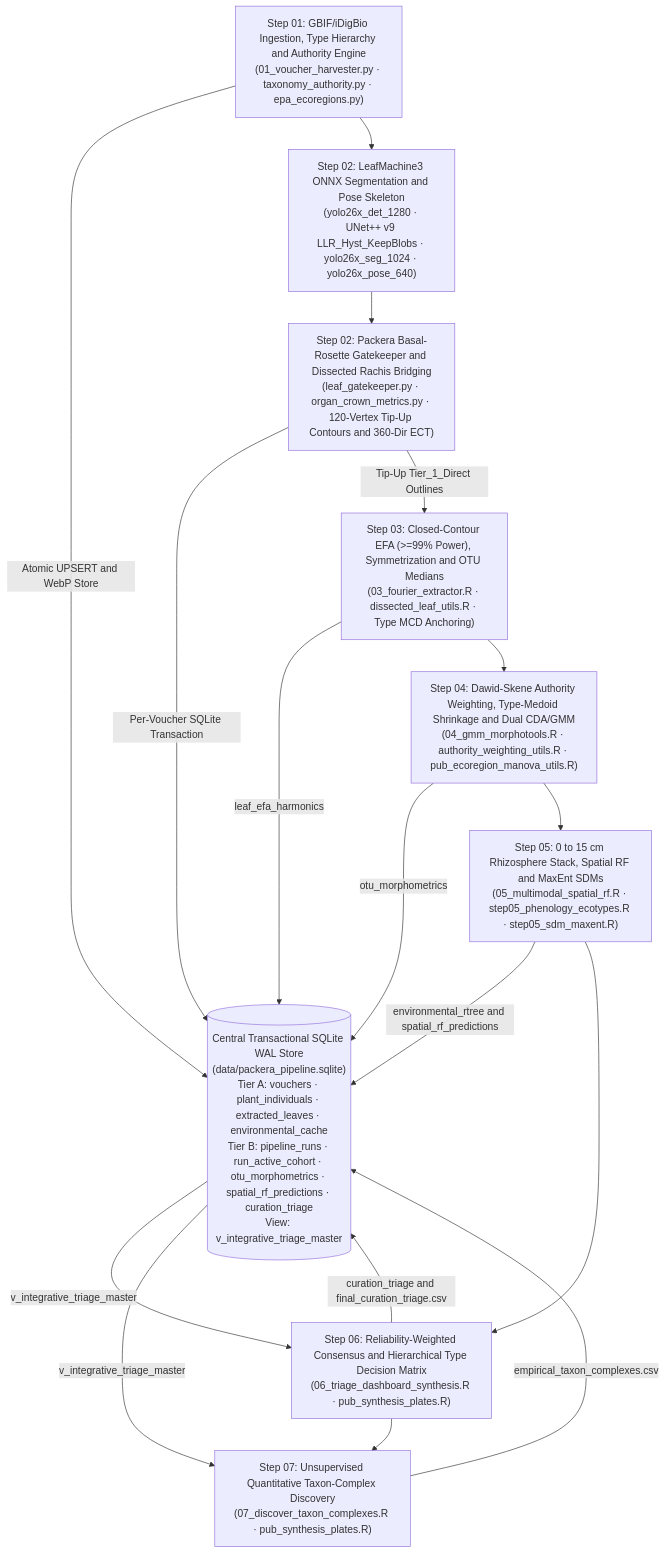
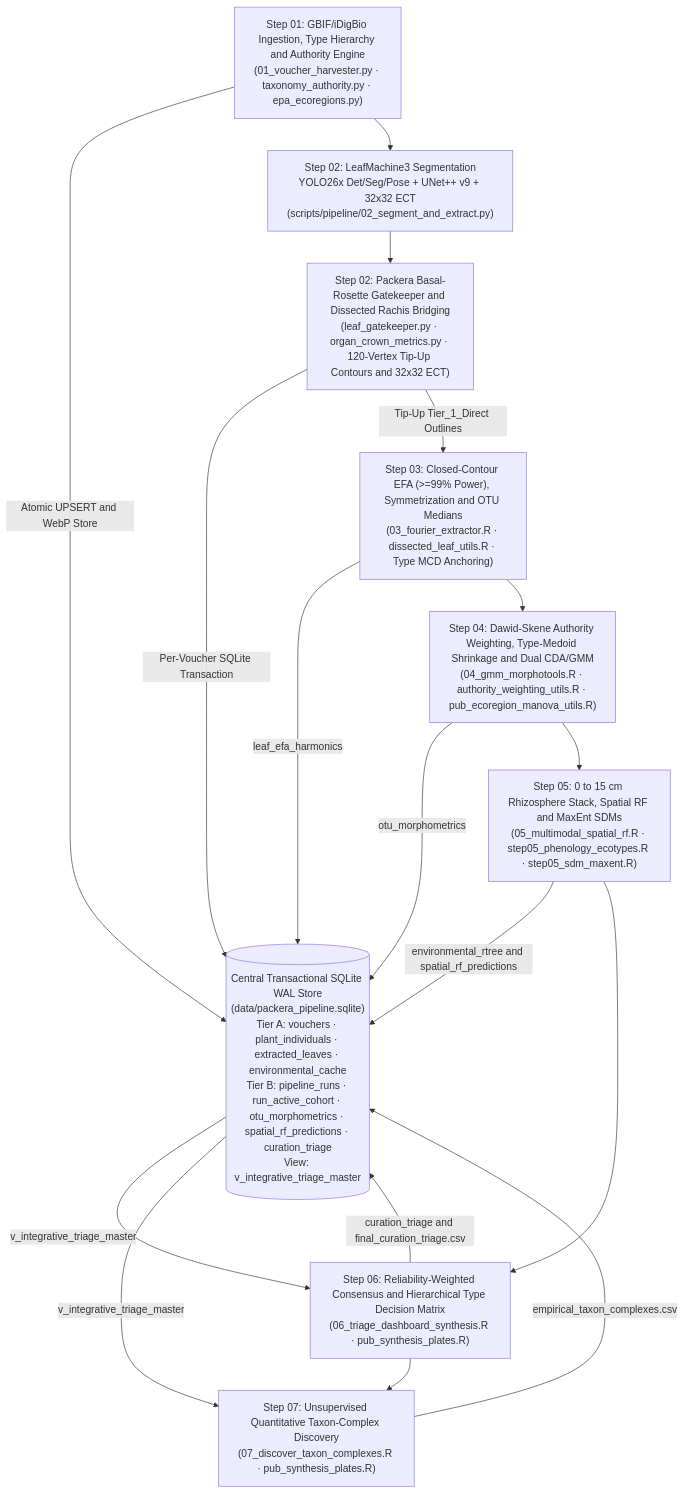
The diagram in README.md (Plantatsrophe/Packera_dubia_morphometrics), drawn with Mermaid before and after one commit. The commit also changed other lines of this file and 6 other files, not shown here.

Commit message:
docs: update LeafMachine3 ONNX alignment and inference specifications across documentation and pipeline scripts

````diff
--- a/README.md
+++ b/README.md
@@ -45,21 +45,21 @@
 ```mermaid
 flowchart TD
     DB[("Central Transactional SQLite WAL Store\n(data/packera_pipeline.sqlite)\nTier A: vouchers · plant_individuals · extracted_leaves · environmental_cache\nTier B: pipeline_runs · run_active_cohort · otu_morphometrics · spatial_rf_predictions · curation_triage\nView: v_integrative_triage_master")]
 
     B1["Step 01: GBIF/iDigBio Ingestion, Type Hierarchy and Authority Engine\n(01_voucher_harvester.py · taxonomy_authority.py · epa_ecoregions.py)"] -->|"Atomic UPSERT and WebP Store"| DB
-    B1 --> B2["Step 02: LeafMachine3 ONNX Segmentation and Pose Skeleton\n(yolo26x_det_1280 · UNet++ v9 LLR_Hyst_KeepBlobs · yolo26x_seg_1024 · yolo26x_pose_640)"]
-    B2 --> B3["Step 02: Packera Basal-Rosette Gatekeeper and Dissected Rachis Bridging\n(leaf_gatekeeper.py · organ_crown_metrics.py · 120-Vertex Tip-Up Contours and 360-Dir ECT)"]
+    B1 --> S02["Step 02: LeafMachine3 Segmentation<br/>YOLO26x Det/Seg/Pose + UNet++ v9 + 32x32 ECT<br/>(scripts/pipeline/02_segment_and_extract.py)"]
+    S02 --> B3["Step 02: Packera Basal-Rosette Gatekeeper and Dissected Rachis Bridging\n(leaf_gatekeeper.py · organ_crown_metrics.py · 120-Vertex Tip-Up Contours and 32x32 ECT)"]
     B3 -->|"Per-Voucher SQLite Transaction"| DB
     B3 -->|"Tip-Up Tier_1_Direct Outlines"| B4["Step 03: Closed-Contour EFA (>=99% Power), Symmetrization and OTU Medians\n(03_fourier_extractor.R · dissected_leaf_utils.R · Type MCD Anchoring)"]
     B4 -->|"leaf_efa_harmonics"| DB
     B4 --> B5["Step 04: Dawid-Skene Authority Weighting, Type-Medoid Shrinkage and Dual CDA/GMM\n(04_gmm_morphotools.R · authority_weighting_utils.R · pub_ecoregion_manova_utils.R)"]
     B5 -->|"otu_morphometrics"| DB
     B5 --> B6["Step 05: 0 to 15 cm Rhizosphere Stack, Spatial RF and MaxEnt SDMs\n(05_multimodal_spatial_rf.R · step05_phenology_ecotypes.R · step05_sdm_maxent.R)"]
     B6 -->|"environmental_rtree and spatial_rf_predictions"| DB
     B6 --> B7["Step 06: Reliability-Weighted Consensus and Hierarchical Type Decision Matrix\n(06_triage_dashboard_synthesis.R · pub_synthesis_plates.R)"]
     DB -->|"v_integrative_triage_master"| B7
     B7 -->|"curation_triage and final_curation_triage.csv"| DB
     B7 --> B8["Step 07: Unsupervised Quantitative Taxon-Complex Discovery\n(07_discover_taxon_complexes.R · pub_synthesis_plates.R)"]
     DB -->|"v_integrative_triage_master"| B8
     B8 -->|"empirical_taxon_complexes.csv"| DB
 ```
````
